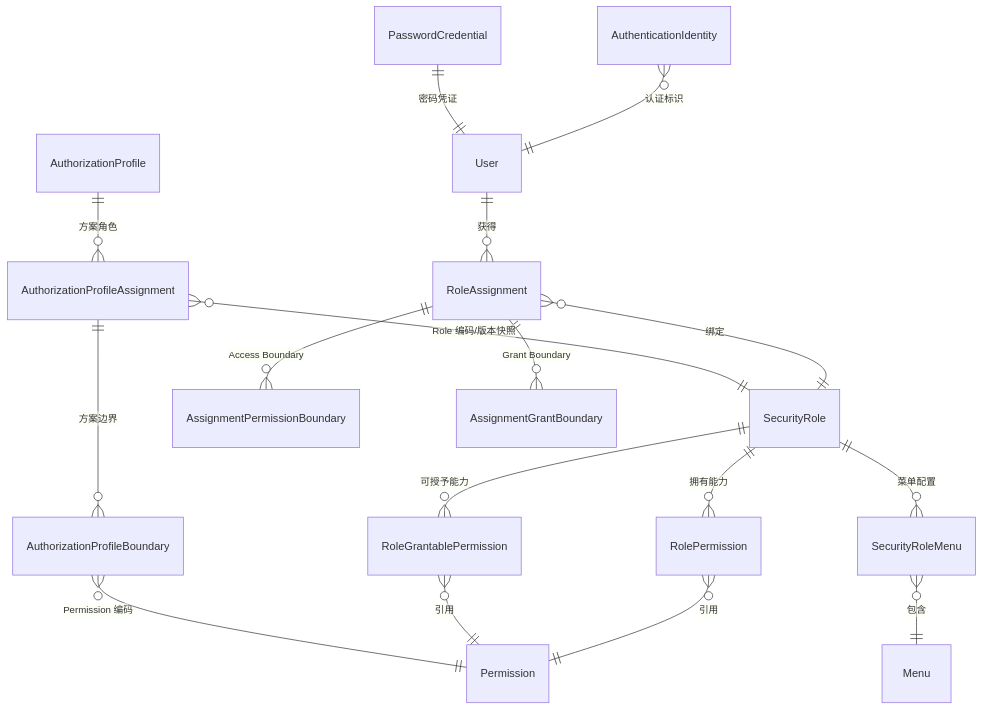
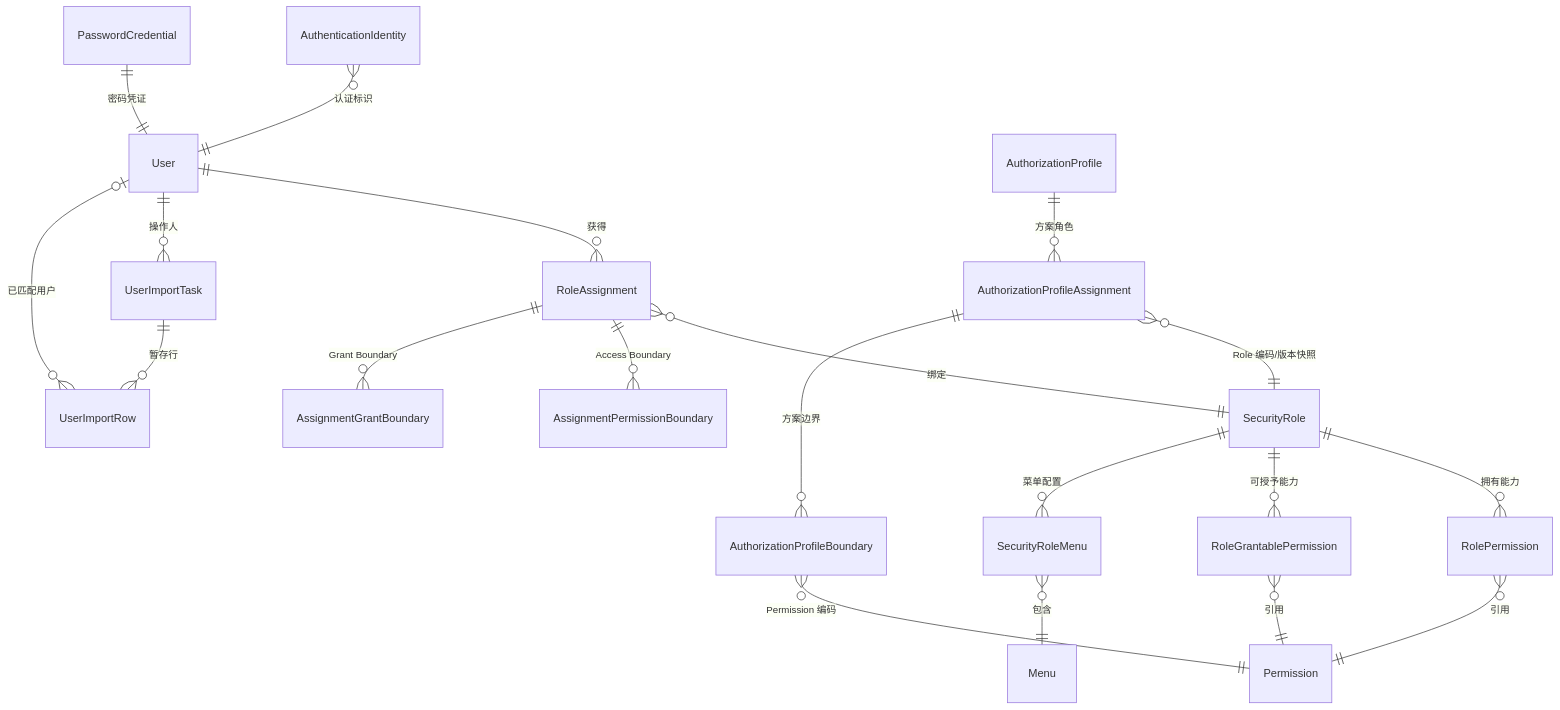
Before and after one commit to yangxj96/spectra-docs: the first of 6 diagrams in docs/30-数据模型/10-ER图.md, drawn with Mermaid. The commit also changed other lines of this file and 8 other files, not shown here.

````diff
--- a/docs/30-数据模型/10-ER图.md
+++ b/docs/30-数据模型/10-ER图.md
@@ -13,19 +13,22 @@
 ```mermaid
 erDiagram
     AuthenticationIdentity }o--|| User : "认证标识"
     PasswordCredential ||--|| User : "密码凭证"
     User ||--o{ RoleAssignment : "获得"
     RoleAssignment }o--|| SecurityRole : "绑定"
     SecurityRole ||--o{ RolePermission : "拥有能力"
     RolePermission }o--|| Permission : "引用"
     SecurityRole ||--o{ RoleGrantablePermission : "可授予能力"
     RoleGrantablePermission }o--|| Permission : "引用"
     RoleAssignment ||--o{ AssignmentPermissionBoundary : "Access Boundary"
     RoleAssignment ||--o{ AssignmentGrantBoundary : "Grant Boundary"
     AuthorizationProfile ||--o{ AuthorizationProfileAssignment : "方案角色"
     AuthorizationProfileAssignment }o--|| SecurityRole : "Role 编码/版本快照"
     AuthorizationProfileAssignment ||--o{ AuthorizationProfileBoundary : "方案边界"
     AuthorizationProfileBoundary }o--|| Permission : "Permission 编码"
+    User ||--o{ UserImportTask : "操作人"
+    UserImportTask ||--o{ UserImportRow : "暂存行"
+    UserImportRow }o--o| User : "已匹配用户"
     SecurityRole ||--o{ SecurityRoleMenu : "菜单配置"
     SecurityRoleMenu }o--|| Menu : "包含"
 ```
````
